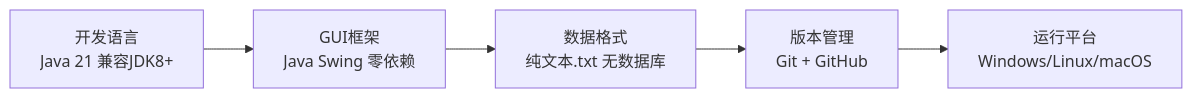
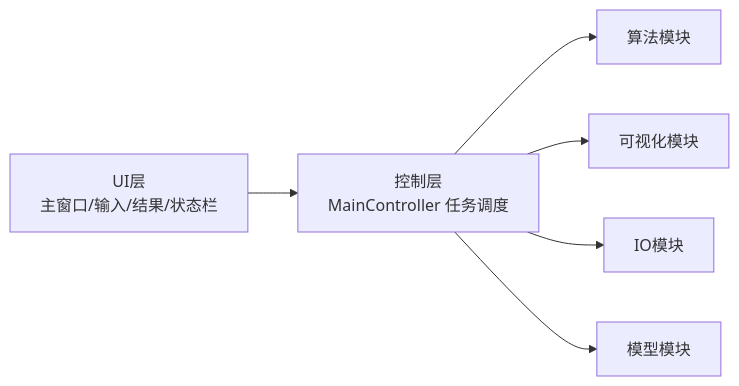
Before and after one commit to yyj138/topological-sort: the first of 2 diagrams in README.md, drawn with Mermaid. The commit also changed other lines of this file, not shown here.

Commit message:
【main】同步优化后README

````diff
--- a/README.md
+++ b/README.md
@@ -32,7 +44,8 @@
 ```mermaid
-graph LR
-    A[开发语言<br/>Java 21 兼容JDK8+] --> B[GUI框架<br/>Java Swing 零依赖]
-    B --> C[数据格式<br/>纯文本.txt 无数据库]
-    C --> D[版本管理<br/>Git + GitHub]
-    D --> E[运行平台<br/>Windows/Linux/macOS]
+flowchart LR
+    A[UI层<br/>主窗口/输入/结果/状态栏] --> B[控制层<br/>MainController 任务调度]
+    B --> C[算法模块]
+    B --> D[可视化模块]
+    B --> E[IO模块]
+    B --> F[模型模块]
 ```
````
